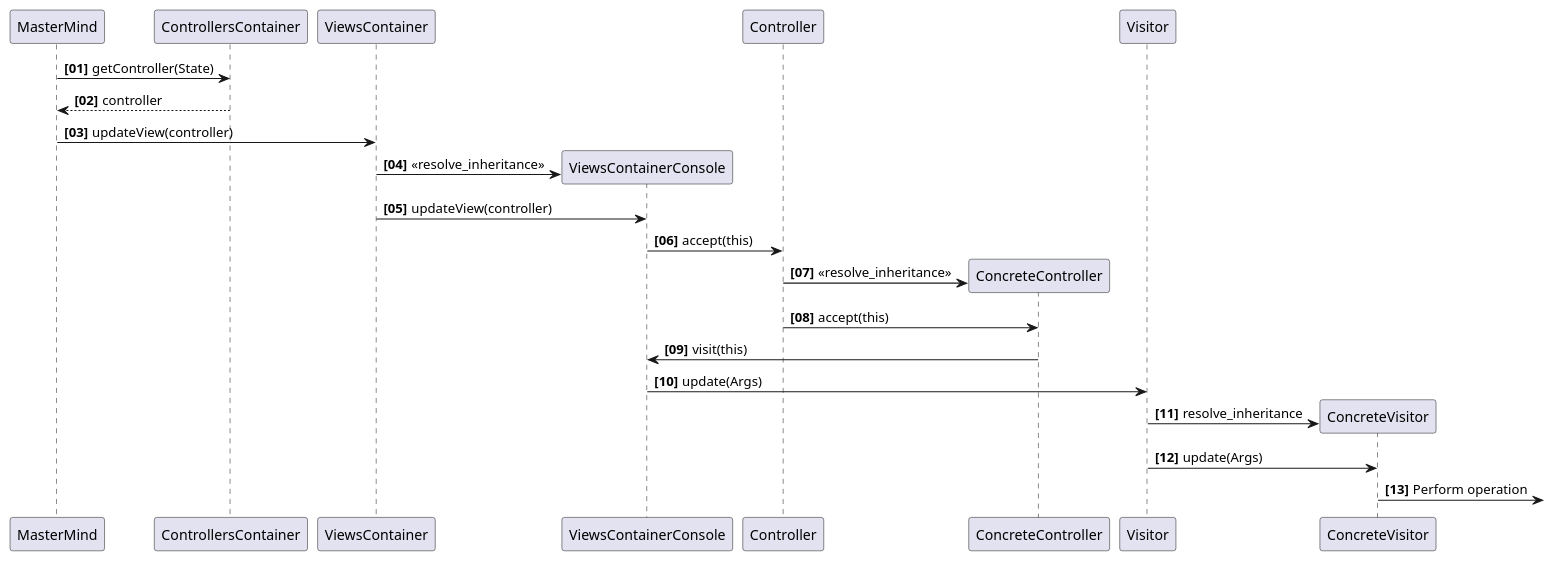
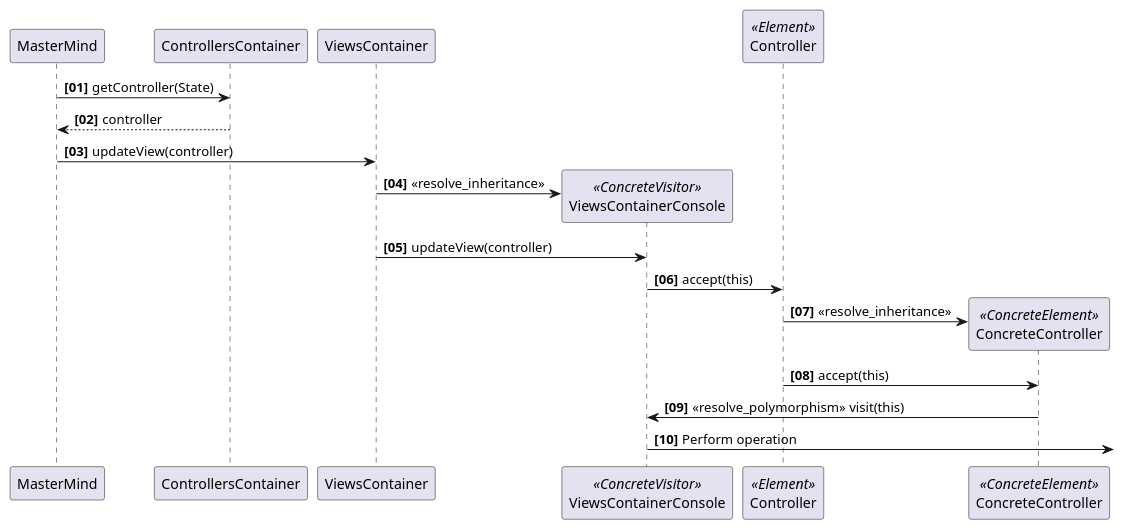
Before and after one commit to ciscoruiz/mastermind: the diagram in doc/mastermind.visitor.puml, drawn with PlantUML.

Commit message:
Add stereotype to the visitor sequence diagram

```diff
--- a/doc/mastermind.visitor.puml
+++ b/doc/mastermind.visitor.puml
@@ -1,26 +1,25 @@
 @startuml
 autonumber "<b>[00]"
 
 MasterMind -> ControllersContainer: getController(State)
 ControllersContainer --> MasterMind: controller
 
 MasterMind -> ViewsContainer: updateView(controller)
+
+participant "ViewsContainerConsole" as ViewsContainerConsole <<ConcreteVisitor>>
 create ViewsContainerConsole
-ViewsContainer -> ViewsContainerConsole: <<resolve_inheritance>>
+ViewsContainer -> ViewsContainerConsole : <<resolve_inheritance>>
 ViewsContainer -> ViewsContainerConsole: updateView(controller)
 
+participant "Controller" as Controller <<Element>>
 ViewsContainerConsole -> Controller : accept(this)
 
+participant "ConcreteController" as ConcreteController <<ConcreteElement>>
 create ConcreteController
 Controller -> ConcreteController : <<resolve_inheritance>>
 Controller -> ConcreteController : accept(this)
 
-ConcreteController -> ViewsContainerConsole : visit(this)
-
-ViewsContainerConsole -> Visitor : update(Args)
-create ConcreteVisitor
-Visitor -> ConcreteVisitor :  resolve_inheritance
-Visitor -> ConcreteVisitor : update(Args)
-ConcreteVisitor ->] : Perform operation
+ConcreteController -> ViewsContainerConsole : <<resolve_polymorphism>> visit(this)
+ViewsContainerConsole ->] : Perform operation
 
 @enduml
```
